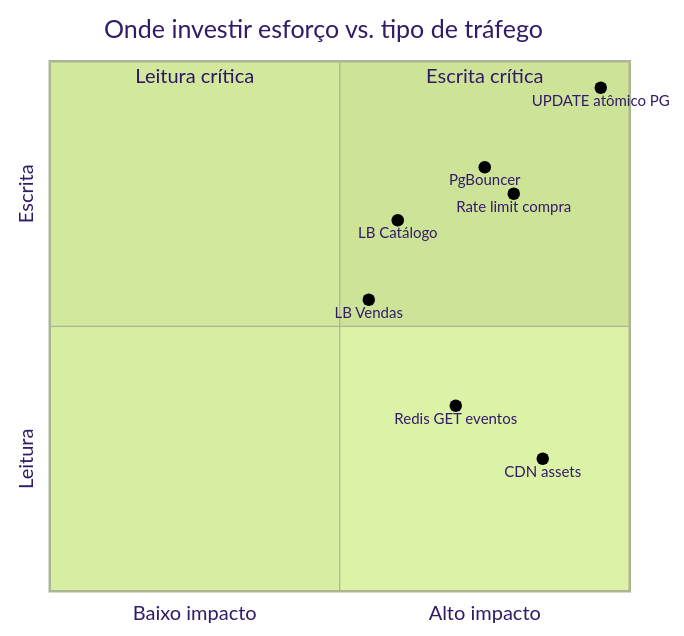
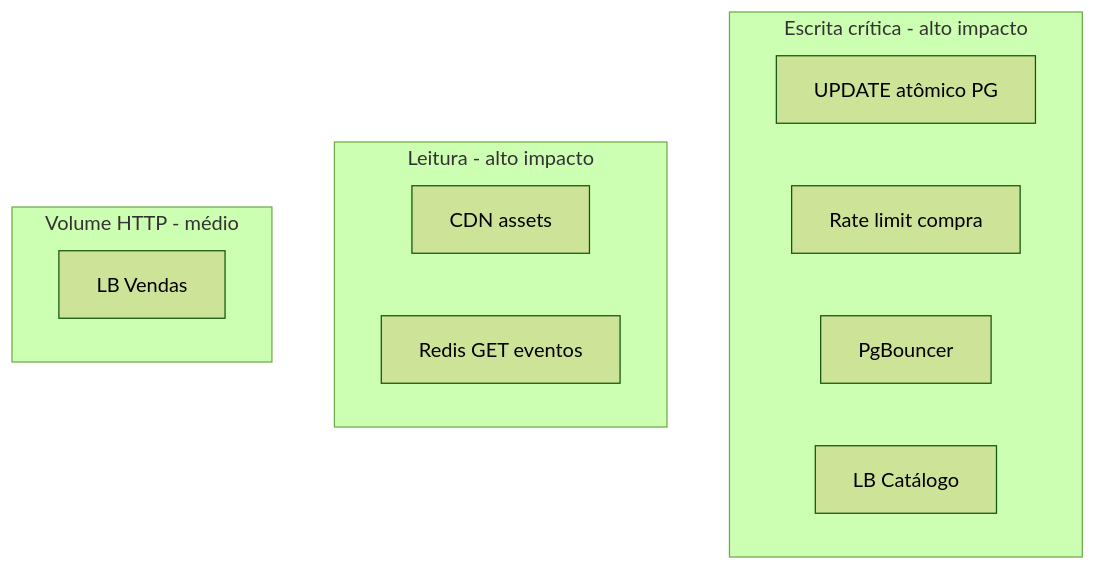
The second of 2 diagrams in docs/diagrams/10-escala-roadmap-evolucao.md (andersonlmarchi/arq-tickets), drawn with Mermaid (forest theme) before and after one commit. The commit also changed other lines of this file, not shown here.

Commit message:
fix diagram syntax

````diff
--- a/docs/diagrams/10-escala-roadmap-evolucao.md
+++ b/docs/diagrams/10-escala-roadmap-evolucao.md
@@ -30,15 +32,18 @@
 ```mermaid
-quadrantChart
-    title Onde investir esforço vs. tipo de tráfego
-    x-axis Baixo impacto --> Alto impacto
-    y-axis Leitura --> Escrita
-    quadrant-1 Escrita crítica
-    quadrant-2 Leitura crítica
-    CDN assets: [0.85, 0.25]
-    Redis GET eventos: [0.7, 0.35]
-    LB Vendas: [0.55, 0.55]
-    LB Catálogo: [0.6, 0.7]
-    PgBouncer: [0.75, 0.8]
-    UPDATE atômico PG: [0.95, 0.95]
-    Rate limit compra: [0.8, 0.75]
+flowchart TB
+    subgraph Escrita["Escrita crítica - alto impacto"]
+        C[UPDATE atômico PG]
+        D[Rate limit compra]
+        E[PgBouncer]
+        F[LB Catálogo]
+    end
+
+    subgraph Leitura["Leitura - alto impacto"]
+        A[CDN assets]
+        B[Redis GET eventos]
+    end
+
+    subgraph Meio["Volume HTTP - médio"]
+        G[LB Vendas]
+    end
 ```
````
